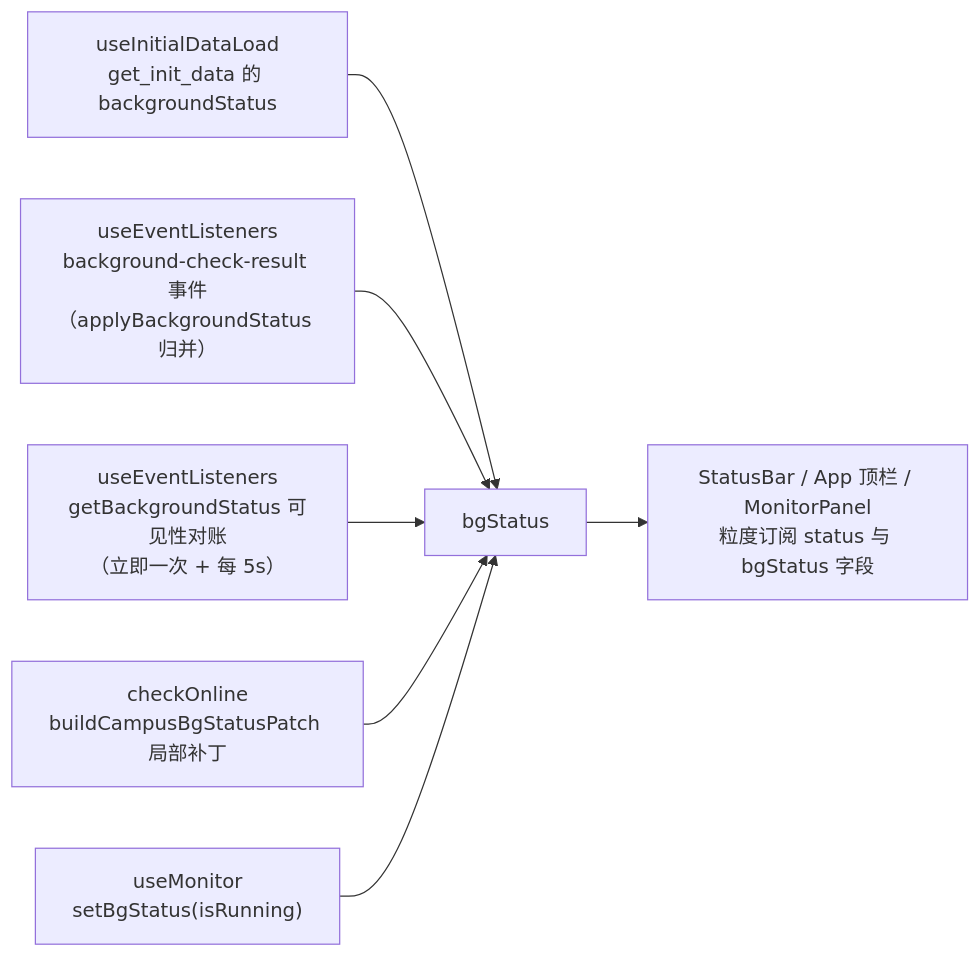
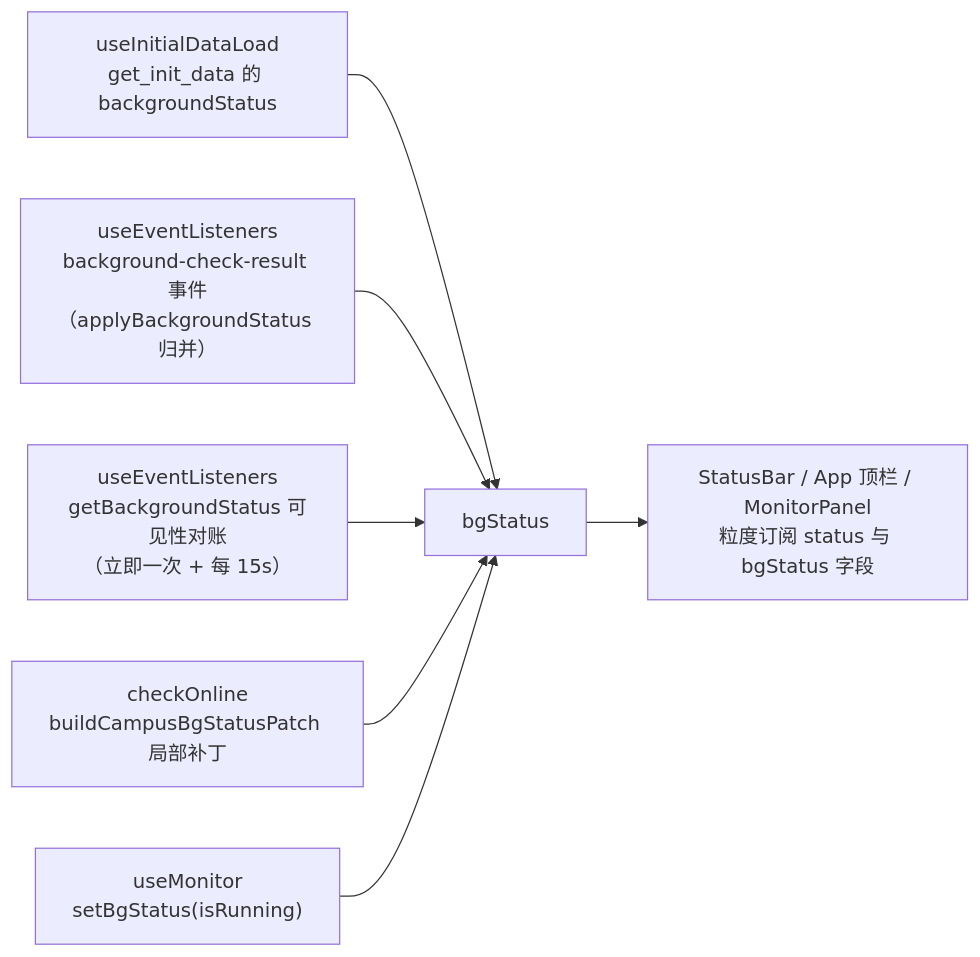
The fifth of 17 diagrams in .codewiki/modules/android-frontend-hooks-state-stores.md (ikliml666/Wxxy-CampusLogin), drawn with Mermaid before and after one commit. The commit also changed other lines of this file and 6 other files, not shown here.

````diff
--- a/.codewiki/modules/android-frontend-hooks-state-stores.md
+++ b/.codewiki/modules/android-frontend-hooks-state-stores.md
@@ -247,9 +247,9 @@
 ```mermaid
 flowchart LR
     SRC1["useInitialDataLoad<br/>get_init_data 的 backgroundStatus"] --> BS["bgStatus"]
     SRC2["useEventListeners<br/>background-check-result 事件<br/>（applyBackgroundStatus 归并）"] --> BS
-    SRC2b["useEventListeners<br/>getBackgroundStatus 可见性对账<br/>（立即一次 + 每 5s）"] --> BS
+    SRC2b["useEventListeners<br/>getBackgroundStatus 可见性对账<br/>（立即一次 + 每 15s）"] --> BS
     SRC3["checkOnline<br/>buildCampusBgStatusPatch 局部补丁"] --> BS
     SRC4["useMonitor<br/>setBgStatus(isRunning)"] --> BS
     BS --> SUB["StatusBar / App 顶栏 / MonitorPanel<br/>粒度订阅 status 与 bgStatus 字段"]
 ```
````
